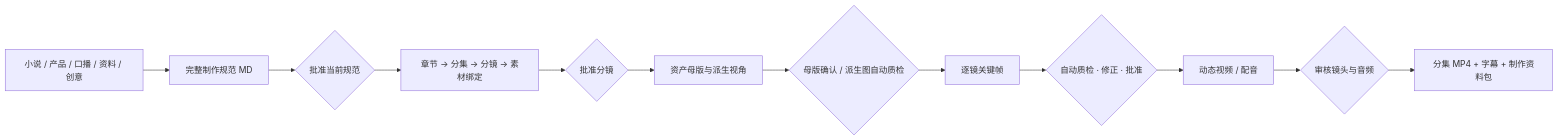
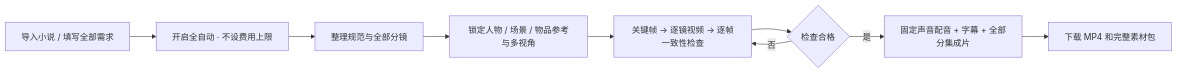
Before and after one commit to lhh92xcc/frameweave: the diagram in README.md, drawn with Mermaid. The commit also changed other lines of this file and 62 other files, not shown here.

````diff
--- a/README.md
+++ b/README.md
@@ -11,14 +11,11 @@
 ```mermaid
 flowchart LR
- A[小说 / 产品 / 口播 / 资料 / 创意] --> B[完整制作规范 MD]
- B --> C{批准当前规范}
- C --> D[章节 → 分集 → 分镜 → 素材绑定]
- D --> E{批准分镜}
- E --> F[资产母版与派生视角]
- F --> G{母版确认 / 派生图自动质检}
- G --> H[逐镜关键帧]
- H --> I{自动质检 · 修正 · 批准}
- I --> J[动态视频 / 配音]
- J --> K{审核镜头与音频}
- K --> L[分集 MP4 + 字幕 + 制作资料包]
+ A[导入小说 / 填写全部需求] --> B[开启全自动 · 不设费用上限]
+ B --> C[整理规范与全部分镜]
+ C --> D[锁定人物 / 场景 / 物品参考与多视角]
+ D --> E[关键帧 → 逐镜视频 → 逐帧一致性检查]
+ E --> F{检查合格}
+ F -->|否| E
+ F -->|是| G[固定声音配音 + 字幕 + 全部分集成片]
+ G --> H[下载 MP4 和完整素材包]
 ```
````
